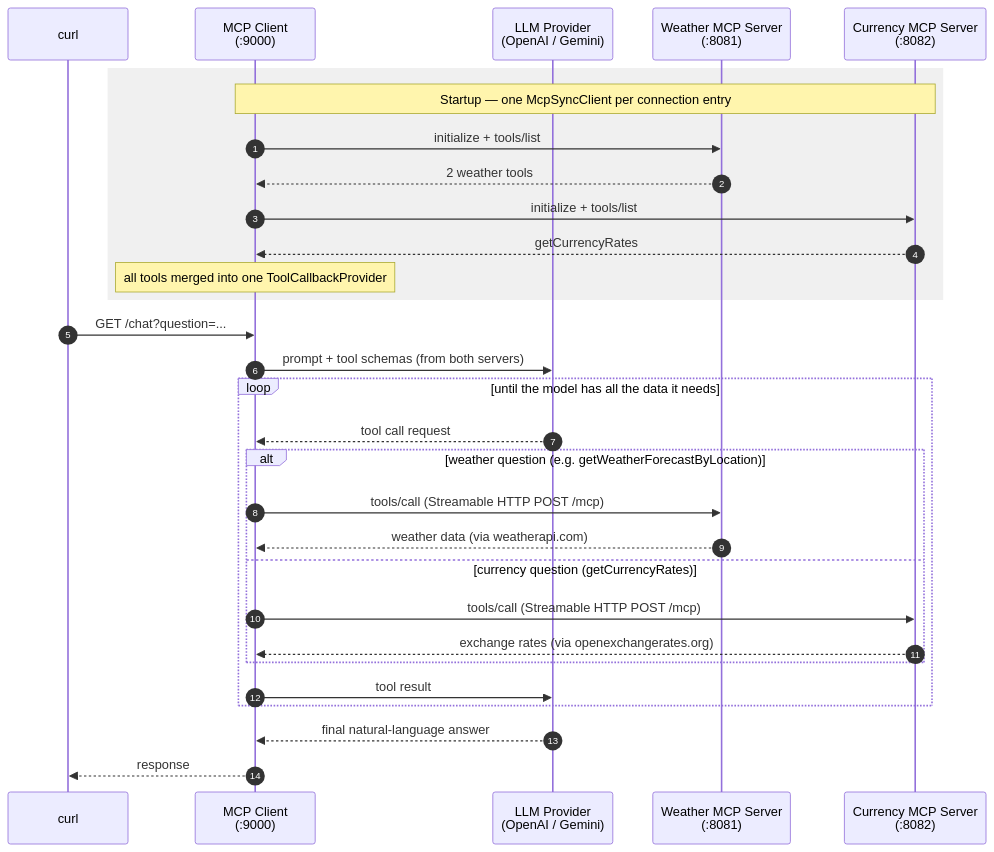
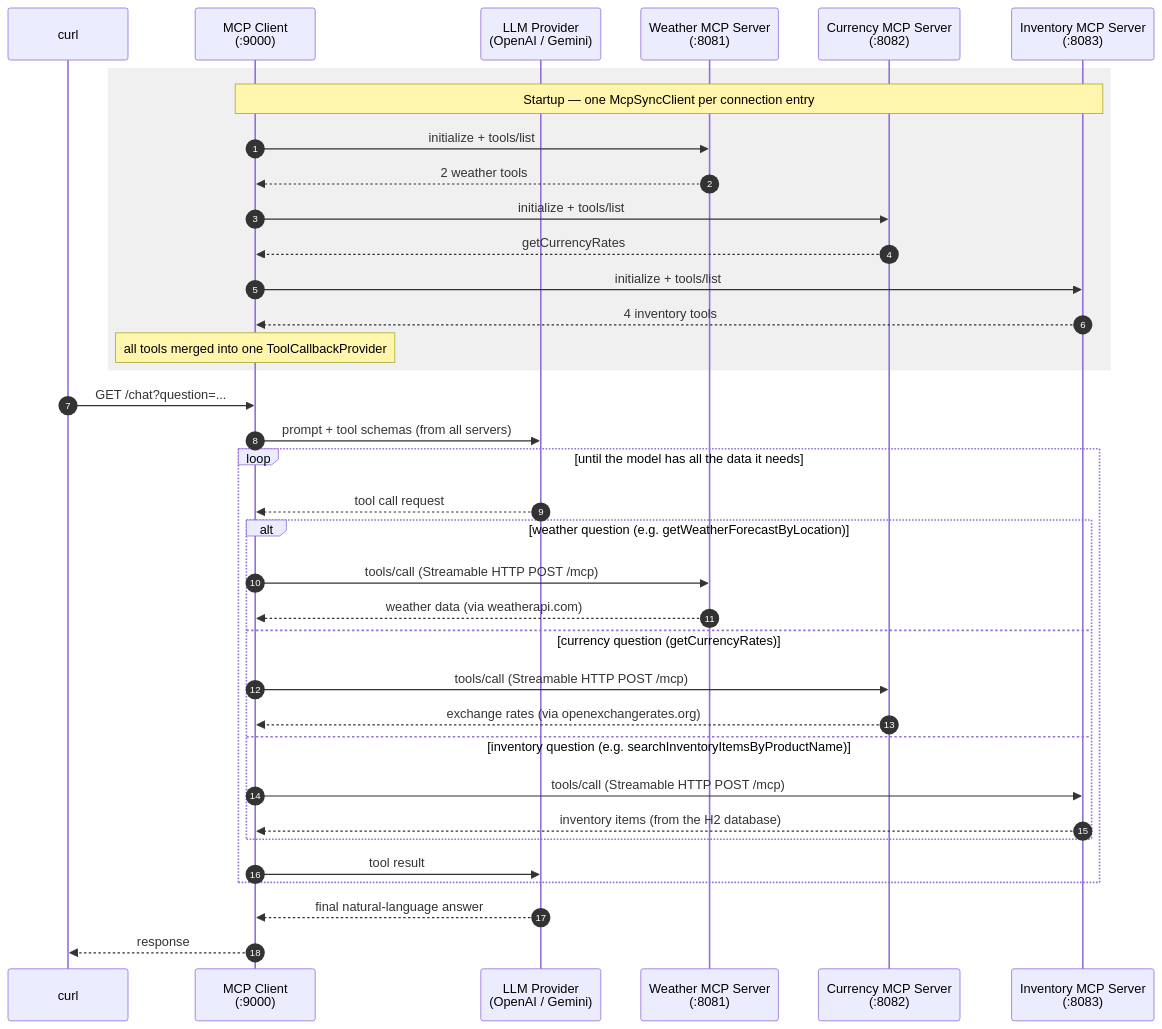
One commit to dilipsundarraj1/spring-ai changed the second of 3 diagrams in mcp/mcp-client/webmvc/README.md. Above: the diagram before and after it, drawn with Mermaid. The commit also changed other lines of this file and 32 other files, not shown here.

Commit message:
add inventory MCP server with CRUD operations; implement inventory item management, exceptions, and integrate with MCP tools

````diff
--- a/mcp/mcp-client/webmvc/README.md
+++ b/mcp/mcp-client/webmvc/README.md
@@ -100,36 +105,42 @@
 ```mermaid
 sequenceDiagram
     autonumber
     participant U as curl
     participant C as MCP Client<br/>(:9000)
     participant L as LLM Provider<br/>(OpenAI / Gemini)
     participant S as Weather MCP Server<br/>(:8081)
     participant X as Currency MCP Server<br/>(:8082)
+    participant I as Inventory MCP Server<br/>(:8083)
 
     rect rgb(240, 240, 240)
-        Note over C,X: Startup — one McpSyncClient per connection entry
+        Note over C,I: Startup — one McpSyncClient per connection entry
         C->>S: initialize + tools/list
         S-->>C: 2 weather tools
         C->>X: initialize + tools/list
         X-->>C: getCurrencyRates
+        C->>I: initialize + tools/list
+        I-->>C: 4 inventory tools
         Note over C: all tools merged into one ToolCallbackProvider
     end
 
     U->>C: GET /chat?question=...
-    C->>L: prompt + tool schemas (from both servers)
+    C->>L: prompt + tool schemas (from all servers)
 
     loop until the model has all the data it needs
         L-->>C: tool call request
         alt weather question (e.g. getWeatherForecastByLocation)
             C->>S: tools/call (Streamable HTTP POST /mcp)
             S-->>C: weather data (via weatherapi.com)
         else currency question (getCurrencyRates)
             C->>X: tools/call (Streamable HTTP POST /mcp)
             X-->>C: exchange rates (via openexchangerates.org)
+        else inventory question (e.g. searchInventoryItemsByProductName)
+            C->>I: tools/call (Streamable HTTP POST /mcp)
+            I-->>C: inventory items (from the H2 database)
         end
         C->>L: tool result
     end
 
     L-->>C: final natural-language answer
     C-->>U: response
 ```
````
